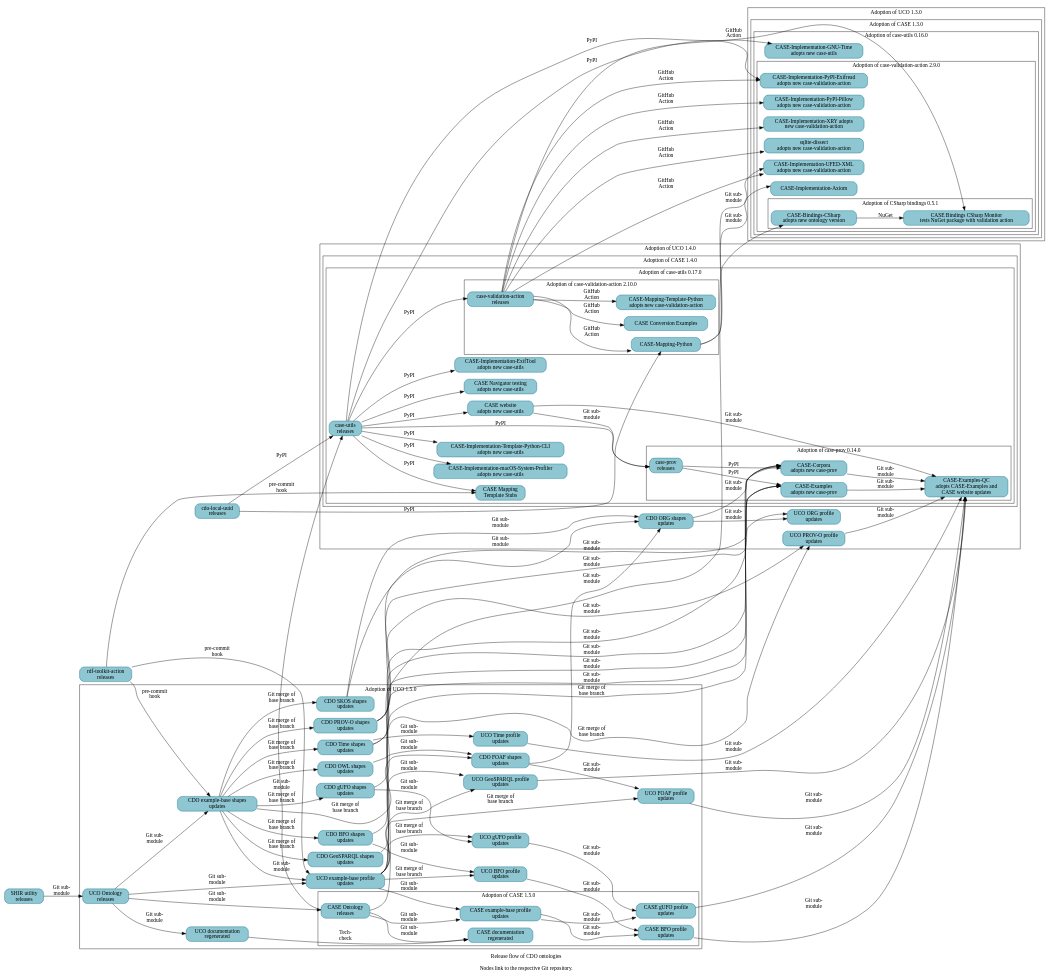
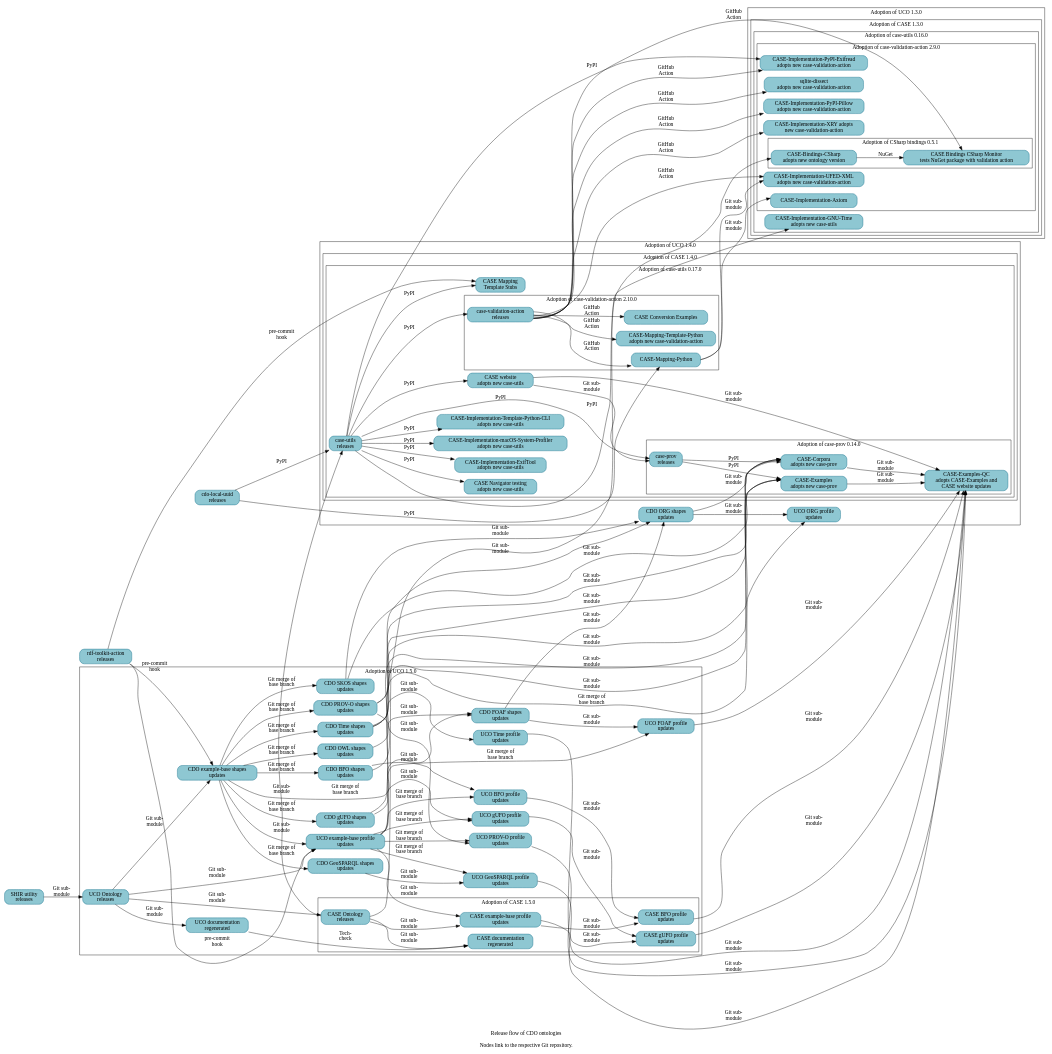
Before and after one commit to Cyber-Domain-Ontology/cdo.github.io: the diagram in resources/project_release_flow.dot, drawn with Graphviz. The commit also changed other lines of this file, not shown here.

First line of the commit message:
Bump adoption of UCO

```diff
--- a/resources/project_release_flow.dot
+++ b/resources/project_release_flow.dot
@@ -44,7 +44,6 @@
 
     _GH__CYBER_DOMAIN_ONTOLOGY__CDO_SHAPES_ORG [URL="https://github.com/Cyber-Domain-Ontology/CDO-Shapes-ORG" label="CDO ORG shapes\nupdates"] ;
     _GH__UCOPROJECT__UCO_PROFILE_ORG [URL="https://github.com/ucoProject/UCO-Profile-ORG" label="UCO ORG profile\nupdates"] ;
-    _GH__UCOPROJECT__UCO_PROFILE_PROV_O [URL="https://github.com/ucoProject/UCO-Profile-PROV-O" label="UCO PROV-O profile\nupdates"] ;
 
     subgraph cluster_case_1_4_0 {
       label = "Adoption of CASE 1.4.0" ;
@@ -100,6 +99,7 @@
     _GH__UCOPROJECT__UCO_PROFILE_FOAF [URL="https://github.com/ucoProject/UCO-Profile-FOAF" label="UCO FOAF profile\nupdates"] ;
     _GH__UCOPROJECT__UCO_PROFILE_GEOSPARQL [URL="https://github.com/ucoProject/UCO-Profile-GeoSPARQL" label="UCO GeoSPARQL profile\nupdates"] ;
     _GH__UCOPROJECT__UCO_PROFILE_GUFO [URL="https://github.com/ucoProject/UCO-Profile-gufo" label="UCO gUFO profile\nupdates"] ;
+    _GH__UCOPROJECT__UCO_PROFILE_PROV_O [URL="https://github.com/ucoProject/UCO-Profile-PROV-O" label="UCO PROV-O profile\nupdates"] ;
     _GH__UCOPROJECT__UCO_PROFILE_TIME [URL="https://github.com/ucoProject/UCO-Profile-Time" label="UCO Time profile\nupdates"] ;
 
     subgraph cluster_case_1_5_0 {
```
